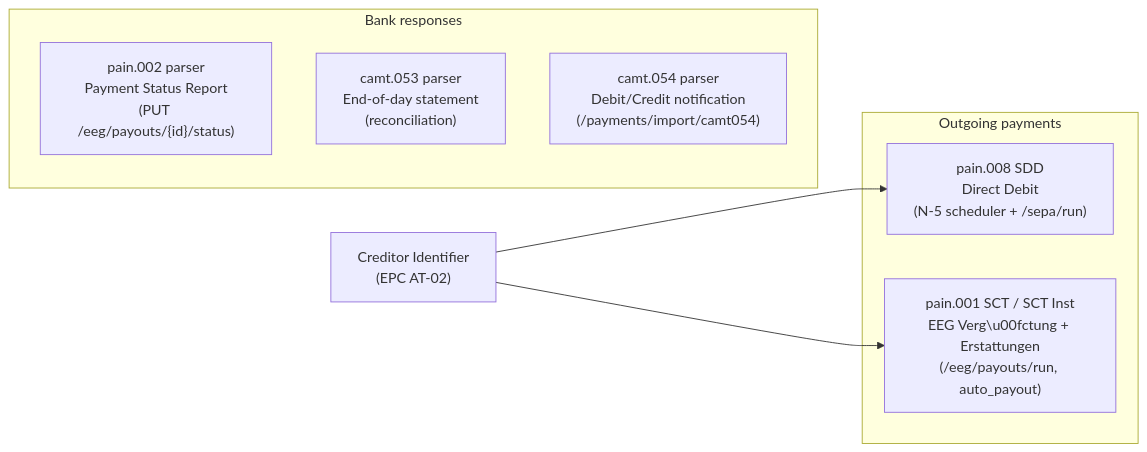
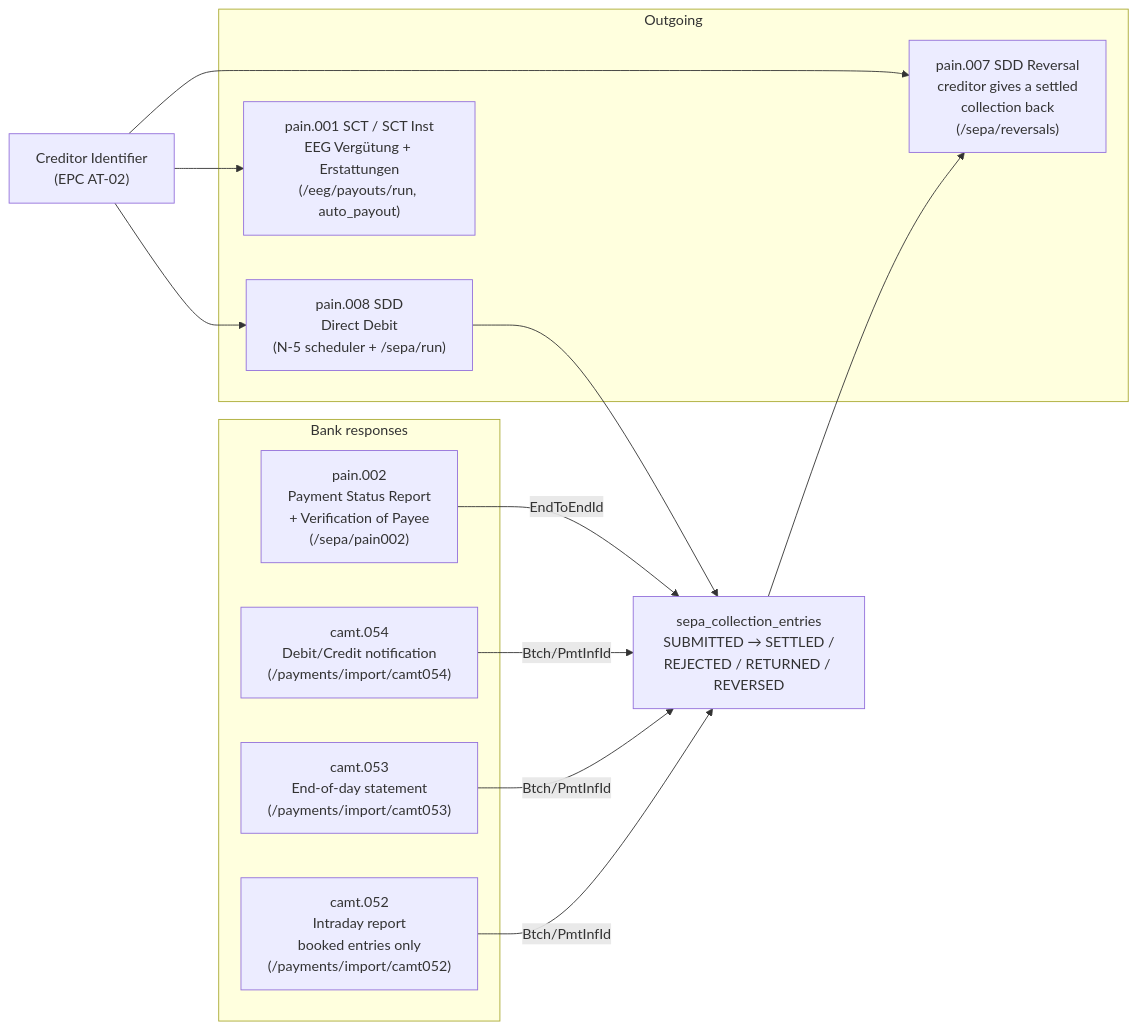
Before and after one commit to hupe1980/mako: the fourth of 5 diagrams in site/content/docs/services/accountingd.md, drawn with Mermaid. The commit also changed other lines of this file and 19 other files, not shown here.

First line of the commit message:
feat(accountingd): enhance SEPA payment processing and reporting

````diff
--- a/site/content/docs/services/accountingd.md
+++ b/site/content/docs/services/accountingd.md
@@ -678,15 +792,25 @@
 ```mermaid
 graph LR
-    subgraph out ["Outgoing payments"]
+    subgraph out ["Outgoing"]
         pain008["pain.008 SDD<br/>Direct Debit<br/>(N-5 scheduler + /sepa/run)"]
-        pain001["pain.001 SCT / SCT Inst<br/>EEG Verg\u00fctung + Erstattungen<br/>(/eeg/payouts/run, auto_payout)"]
+        pain001["pain.001 SCT / SCT Inst<br/>EEG Vergütung + Erstattungen<br/>(/eeg/payouts/run, auto_payout)"]
+        pain007["pain.007 SDD Reversal<br/>creditor gives a settled<br/>collection back<br/>(/sepa/reversals)"]
     end
     subgraph in ["Bank responses"]
-        pain002["pain.002 parser<br/>Payment Status Report<br/>(PUT /eeg/payouts/{id}/status)"]
-        camt053["camt.053 parser<br/>End-of-day statement<br/>(reconciliation)"]
-        camt054["camt.054 parser<br/>Debit/Credit notification<br/>(/payments/import/camt054)"]
+        pain002["pain.002<br/>Payment Status Report<br/>+ Verification of Payee<br/>(/sepa/pain002)"]
+        camt053["camt.053<br/>End-of-day statement<br/>(/payments/import/camt053)"]
+        camt054["camt.054<br/>Debit/Credit notification<br/>(/payments/import/camt054)"]
+        camt052["camt.052<br/>Intraday report<br/>booked entries only<br/>(/payments/import/camt052)"]
     end
+    entries["sepa_collection_entries<br/>SUBMITTED → SETTLED /<br/>REJECTED / RETURNED / REVERSED"]
     creditor["Creditor Identifier<br/>(EPC AT-02)"]
     creditor --> pain008
     creditor --> pain001
+    creditor --> pain007
+    pain008 --> entries
+    pain002 -->|EndToEndId| entries
+    camt054 -->|Btch/PmtInfId| entries
+    camt053 -->|Btch/PmtInfId| entries
+    camt052 -->|Btch/PmtInfId| entries
+    entries --> pain007
 ```
````
